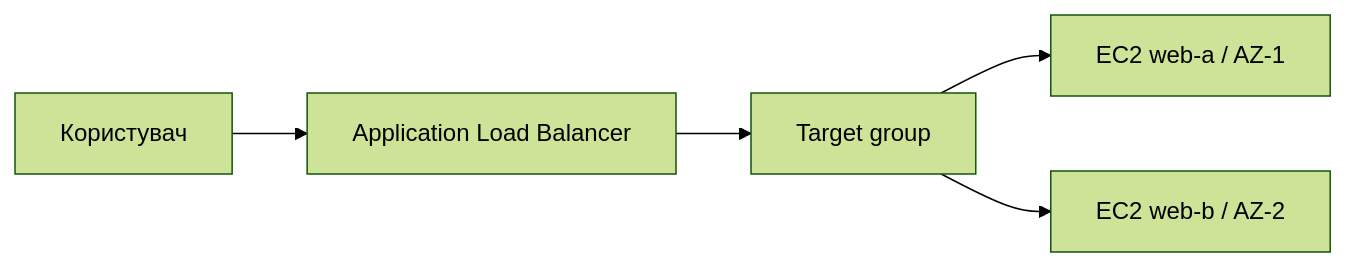
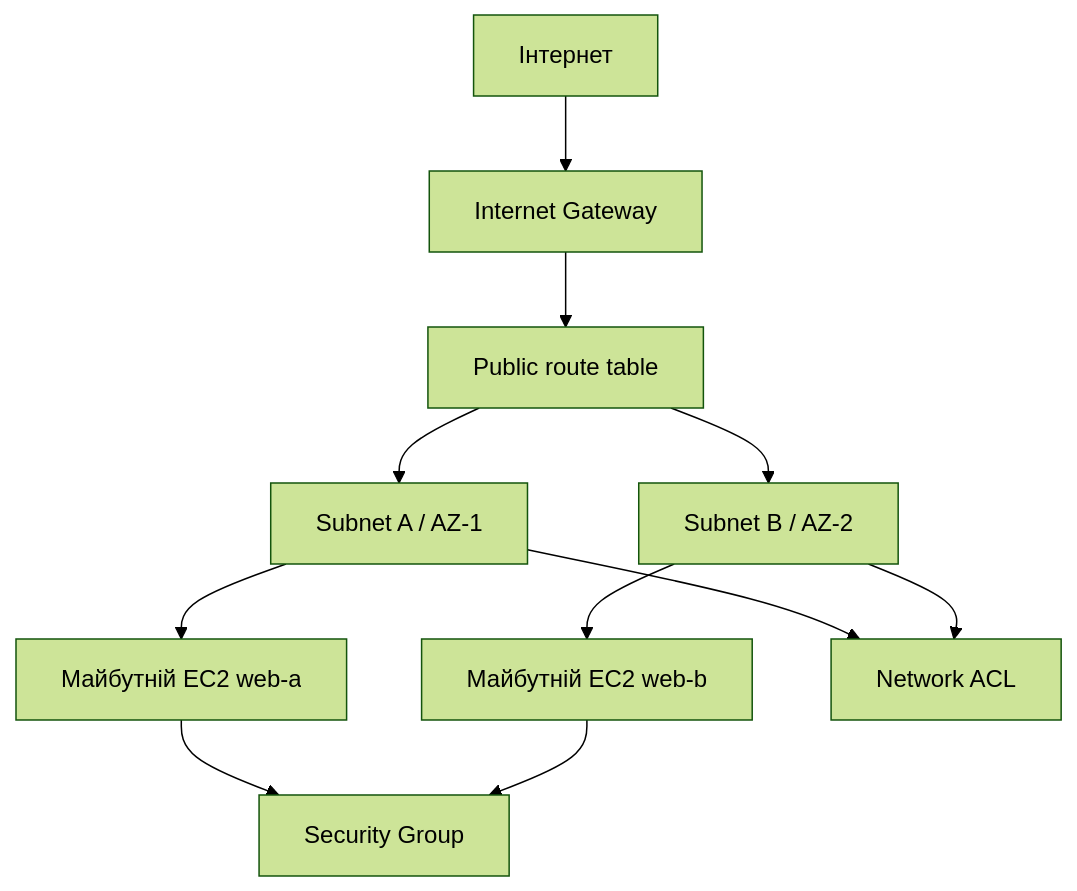
The diagram in Lesson1_4/README.md (rossogamata/tasp243), drawn with Mermaid (forest theme) before and after one commit. The commit also changed other lines of this file and 6 other files, not shown here.

````diff
--- a/Lesson1_4/README.md
+++ b/Lesson1_4/README.md
@@ -18,7 +27,13 @@
 ```mermaid
-flowchart LR
-    User[Користувач] --> ALB[Application Load Balancer]
-    ALB --> TG[Target group]
-    TG --> A[EC2 web-a / AZ-1]
-    TG --> B[EC2 web-b / AZ-2]
+flowchart TB
+    Internet[Інтернет] --> IGW[Internet Gateway]
+    IGW --> RT[Public route table]
+    RT --> A[Subnet A / AZ-1]
+    RT --> B[Subnet B / AZ-2]
+    A --> WebA[Майбутній EC2 web-a]
+    B --> WebB[Майбутній EC2 web-b]
+    A --> NACL[Network ACL]
+    B --> NACL
+    WebA --> SG[Security Group]
+    WebB --> SG
 ```
````
